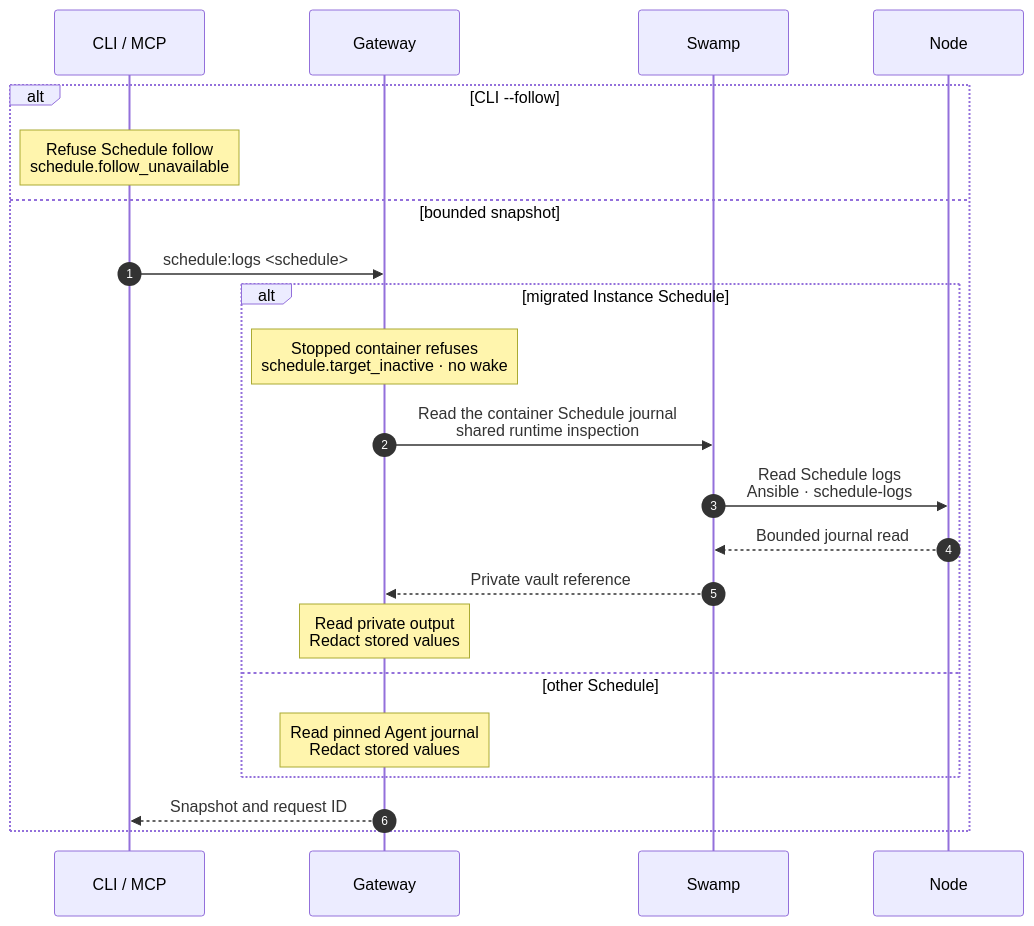
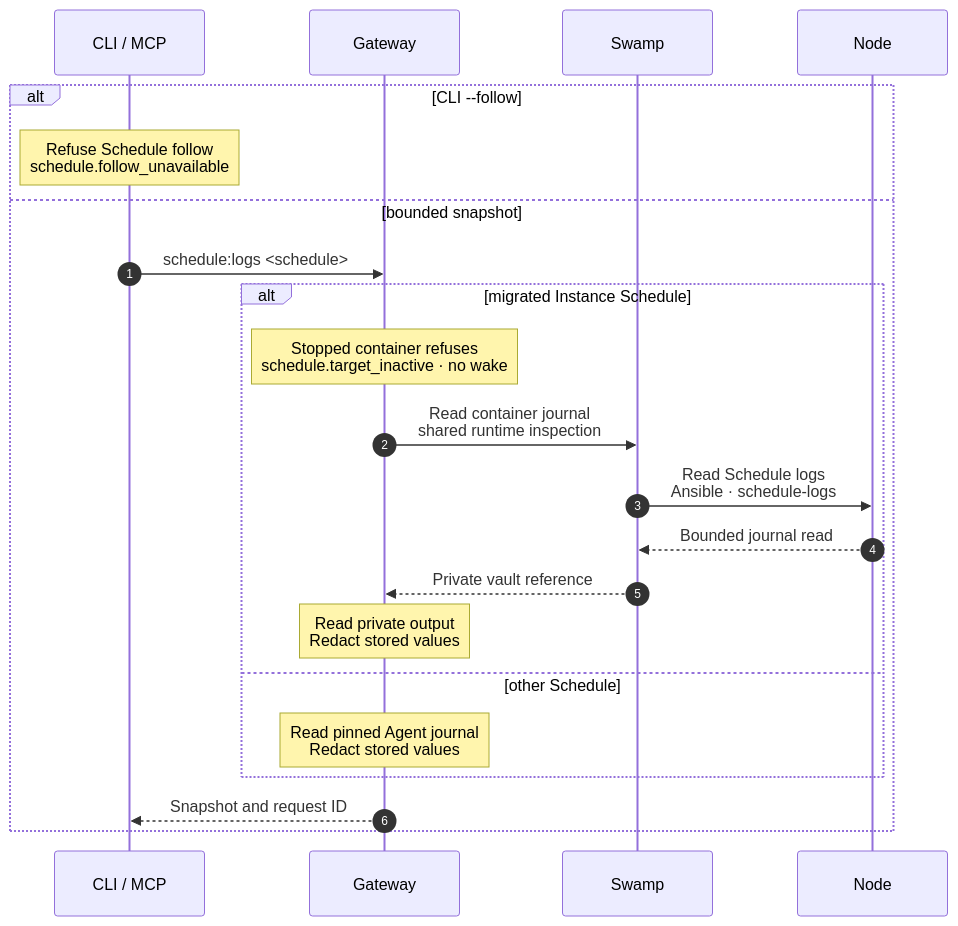
Before and after one commit to hardimpactdev/orbit: the diagram in docs/cli/schedule/logs.mmd, drawn with Mermaid. The commit also changed 38 other files, not shown here.

```diff
--- a/docs/cli/schedule/logs.mmd
+++ b/docs/cli/schedule/logs.mmd
@@ -1,27 +1,27 @@
 sequenceDiagram
   %% status: draft
   %% command: schedule:logs
   %% kind: schedule.logs
   autonumber
   participant CLI as CLI / MCP
   participant GW as Gateway
   participant SW as Swamp
   participant N as Node
   alt CLI --follow
     Note over CLI: Refuse Schedule follow<br/>schedule.follow_unavailable
   else bounded snapshot
     CLI->>GW: schedule:logs <schedule>
     alt migrated Instance Schedule
       Note over GW: Stopped container refuses<br/>schedule.target_inactive · no wake
-      GW->>SW: Read the container Schedule journal<br/>shared runtime inspection
+      GW->>SW: Read container journal<br/>shared runtime inspection
       SW->>N: Read Schedule logs<br/>Ansible · schedule-logs
       N-->>SW: Bounded journal read
       %%> Limits:
       %%> - complete entries within 4 MiB of UTF-8 bytes and the 8 MiB JSON transport limit, with 16 KiB reserved for the envelope
       SW-->>GW: Private vault reference
       Note over GW: Read private output<br/>Redact stored values
     else other Schedule
       Note over GW: Read pinned Agent journal<br/>Redact stored values
     end
     GW-->>CLI: Snapshot and request ID
   end
```
